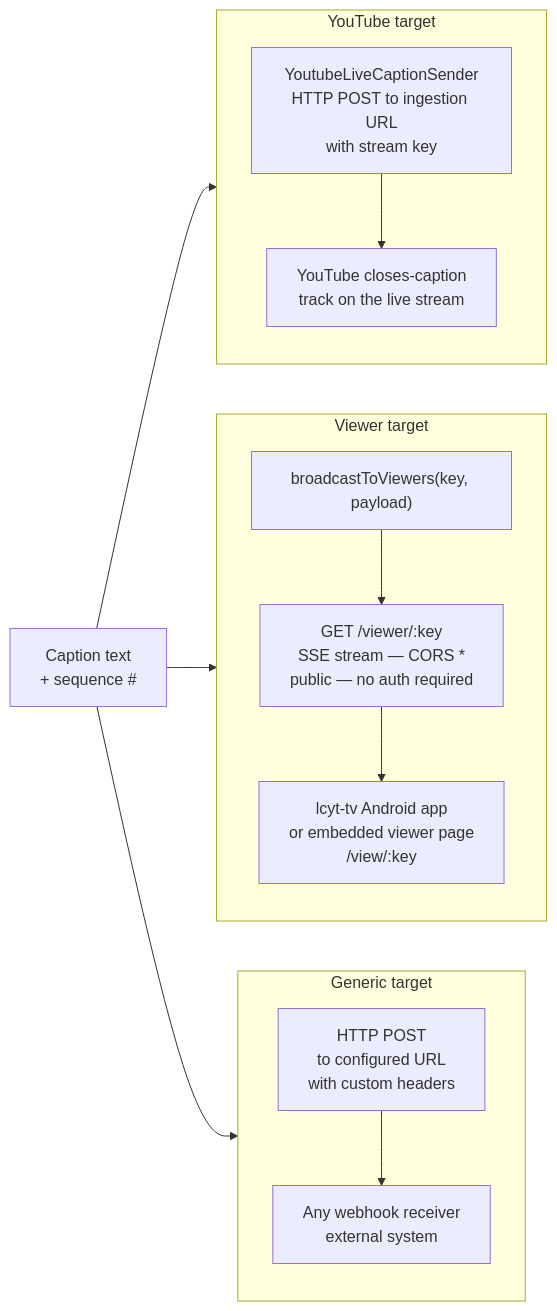
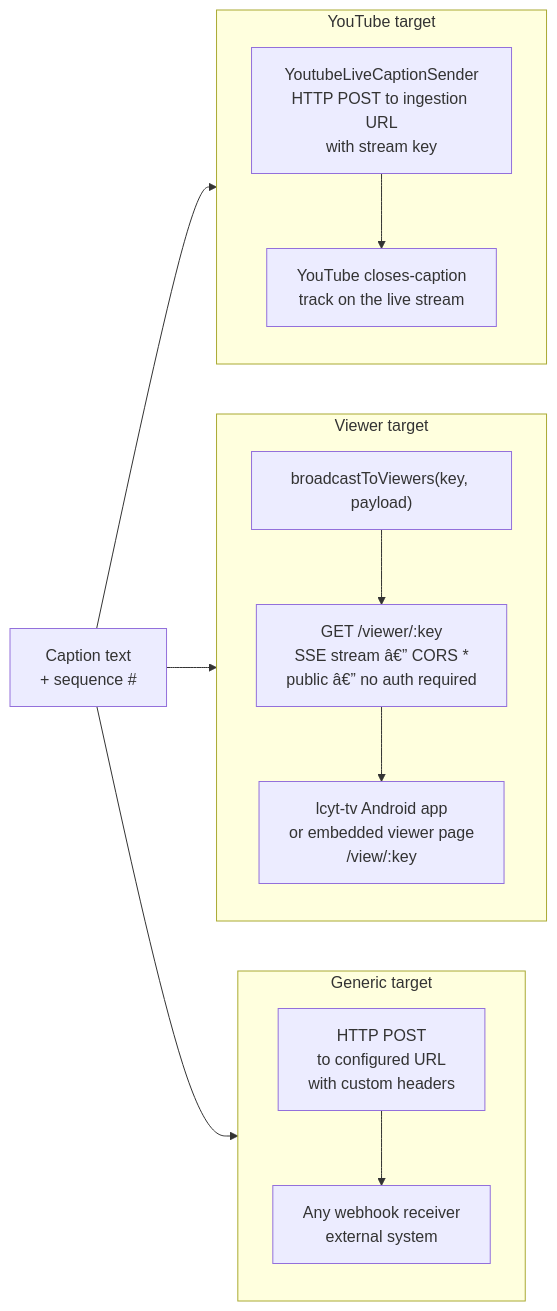
One commit to jsilvanus/live-captions-yt changed the second of 5 diagrams in docs/guide-web/flow.md. Above: the diagram before and after it, drawn with Mermaid. The commit also changed other lines of this file and 171 other files, not shown here.

````diff
--- a/docs/guide-web/flow.md
+++ b/docs/guide-web/flow.md
@@ -77,27 +77,27 @@
 ```mermaid
 flowchart LR
     CAP["Caption text\n+ sequence #"]
 
     CAP --> YT
     CAP --> VIEWER
     CAP --> GENERIC
 
     subgraph YT["YouTube target"]
         YTA["YoutubeLiveCaptionSender\nHTTP POST to ingestion URL\nwith stream key"]
         YTB["YouTube closes-caption\ntrack on the live stream"]
         YTA --> YTB
     end
 
     subgraph VIEWER["Viewer target"]
         VA["broadcastToViewers(key, payload)"]
-        VB["GET /viewer/:key\nSSE stream — CORS *\npublic — no auth required"]
+        VB["GET /viewer/:key\nSSE stream â€” CORS *\npublic â€” no auth required"]
         VC["lcyt-tv Android app\nor embedded viewer page\n/view/:key"]
         VA --> VB --> VC
     end
 
     subgraph GENERIC["Generic target"]
         GA["HTTP POST\nto configured URL\nwith custom headers"]
         GB["Any webhook receiver\nexternal system"]
         GA --> GB
     end
 ```
````
